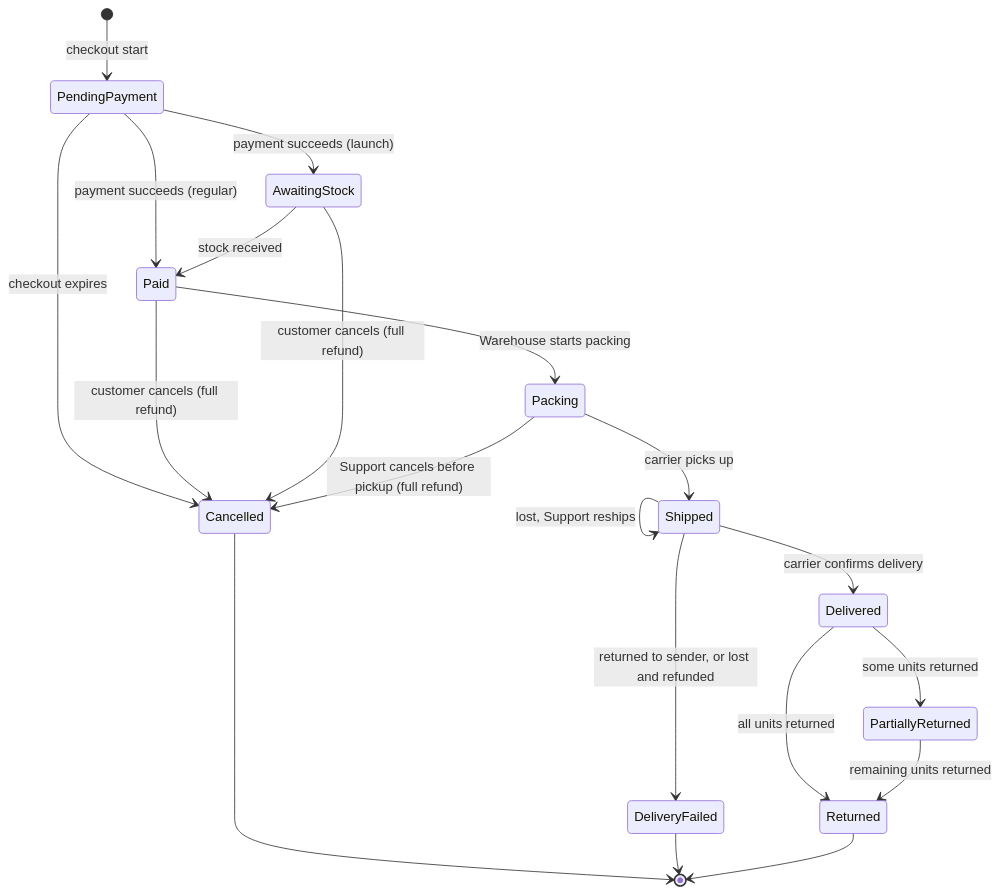
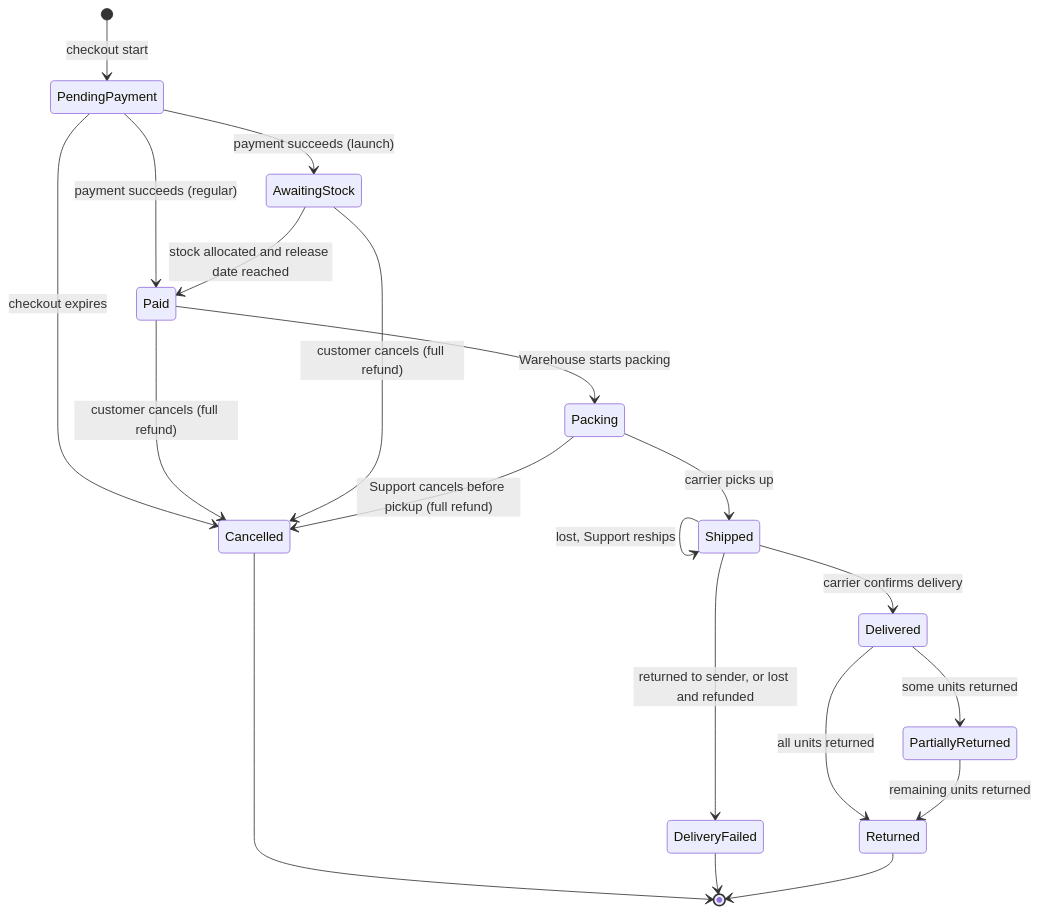
The diagram in doc/product-design/06-orders-fulfillment.md (Datnguynx110605/Bloom_Server), drawn with Mermaid before and after one commit. The commit also changed other lines of this file and 3 other files, not shown here.

````diff
--- a/doc/product-design/06-orders-fulfillment.md
+++ b/doc/product-design/06-orders-fulfillment.md
@@ -58,22 +58,22 @@
 ```mermaid
 stateDiagram-v2
     [*] --> PendingPayment : checkout start
     PendingPayment --> Paid : payment succeeds (regular)
     PendingPayment --> AwaitingStock : payment succeeds (launch)
     PendingPayment --> Cancelled : checkout expires
-    AwaitingStock --> Paid : stock received
+    AwaitingStock --> Paid : stock allocated and release date reached
     Paid --> Packing : Warehouse starts packing
     Paid --> Cancelled : customer cancels (full refund)
     AwaitingStock --> Cancelled : customer cancels (full refund)
     Packing --> Cancelled : Support cancels before pickup (full refund)
     Packing --> Shipped : carrier picks up
     Shipped --> Delivered : carrier confirms delivery
     Shipped --> Shipped : lost, Support reships
     Shipped --> DeliveryFailed : returned to sender, or lost and refunded
     Delivered --> PartiallyReturned : some units returned
     Delivered --> Returned : all units returned
     PartiallyReturned --> Returned : remaining units returned
     Cancelled --> [*]
     DeliveryFailed --> [*]
     Returned --> [*]
 ```
````
